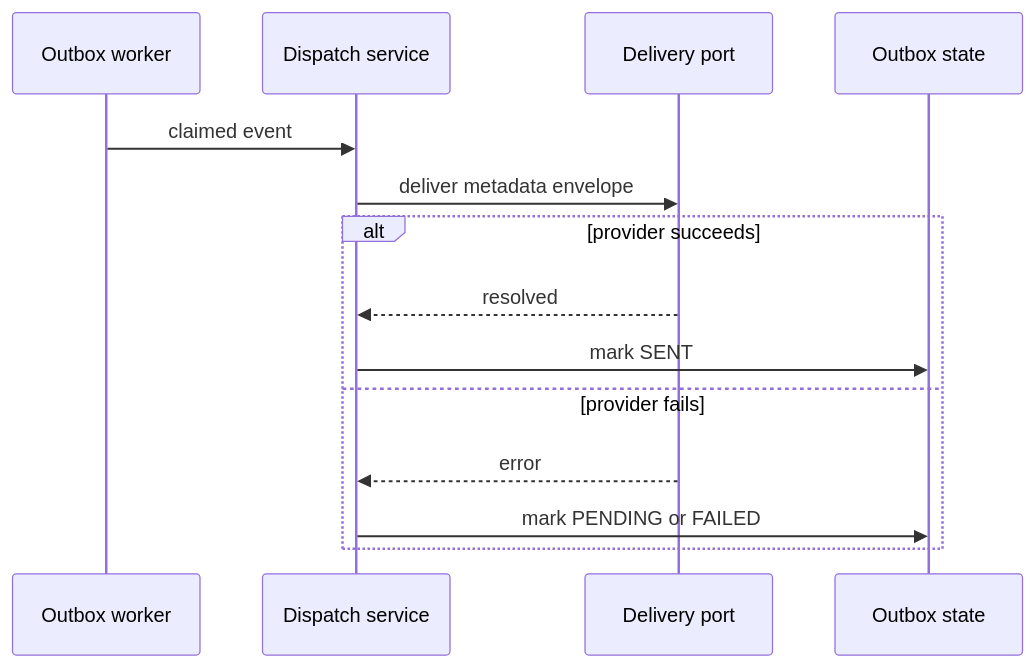
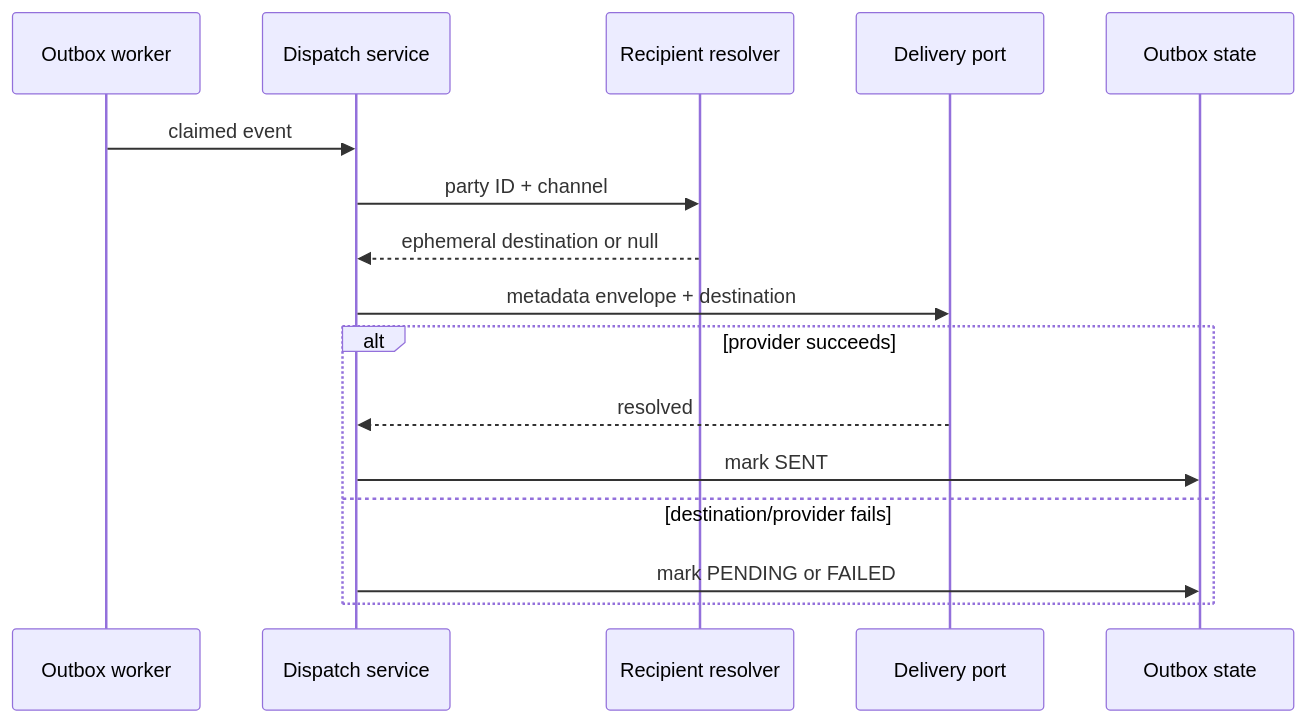
Before and after one commit to nurgeldiserikbay/QaryzLinkDocs: the diagram in docs/01-business/NOTIFICATION_DELIVERY.md, drawn with Mermaid. The commit also changed other lines of this file, not shown here.

Commit message:
docs(notifications): document destination-aware delivery

```diff
--- a/docs/01-business/NOTIFICATION_DELIVERY.md
+++ b/docs/01-business/NOTIFICATION_DELIVERY.md
@@ -7,16 +7,18 @@
 ~~~mermaid
 sequenceDiagram
     participant W as Outbox worker
     participant D as Dispatch service
+    participant R as Recipient resolver
     participant P as Delivery port
     participant O as Outbox state
     W->>D: claimed event
-    D->>P: deliver metadata envelope
+    D->>R: party ID + channel
+    R-->>D: ephemeral destination or null
+    D->>P: metadata envelope + destination
     alt provider succeeds
         P-->>D: resolved
         D->>O: mark SENT
-    else provider fails
-        P-->>D: error
+    else destination/provider fails
         D->>O: mark PENDING or FAILED
     end
 ~~~
```
